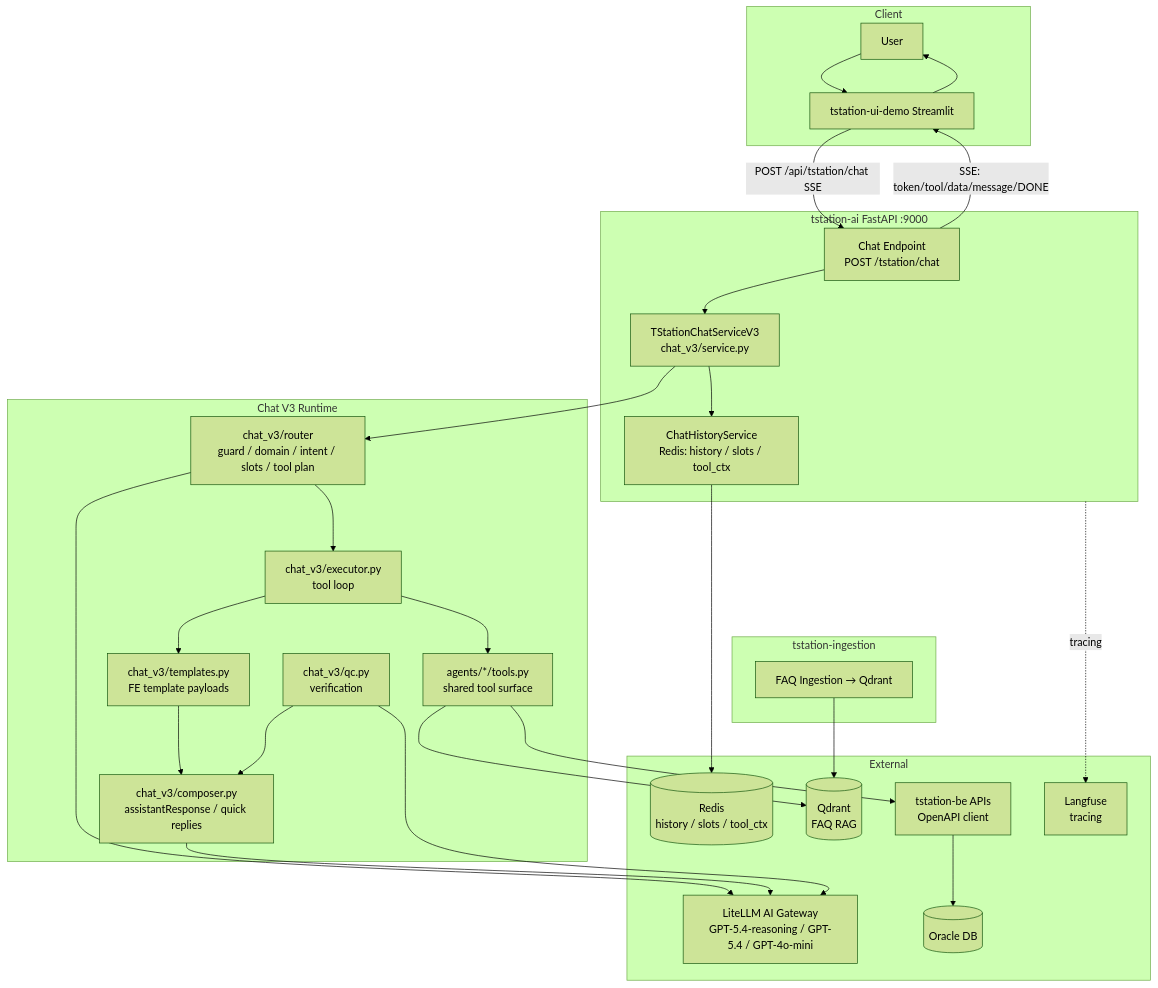
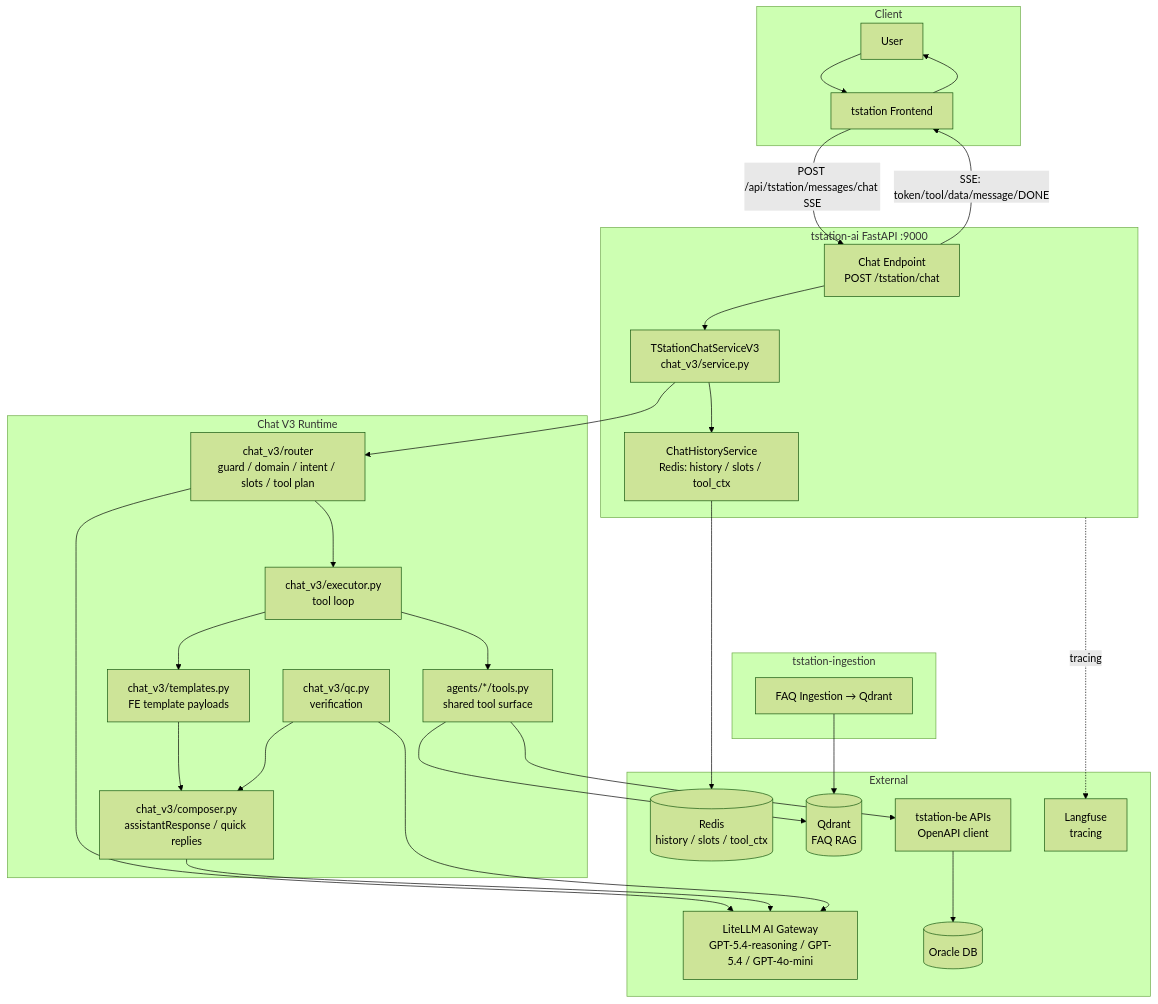
Before and after one commit to MinKhaungMinLwin/AI-Orchestration-Agent: the first of 2 diagrams in docs/full-architecture-mermaid.md, drawn with Mermaid (forest theme). The commit also changed 18 other files, not shown here.

````diff
--- a/docs/full-architecture-mermaid.md
+++ b/docs/full-architecture-mermaid.md
@@ -13,59 +13,59 @@
 ```mermaid
 flowchart TB
     subgraph Client
       U[User]
-      UI[tstation-ui-demo Streamlit]
+      UI[tstation Frontend]
       U --> UI
       UI --> U
     end
 
     subgraph AI["tstation-ai FastAPI :9000"]
       EP[Chat Endpoint<br/>POST /tstation/chat]
       CS[TStationChatServiceV3<br/>chat_v3/service.py]
       HS[ChatHistoryService<br/>Redis: history / slots / tool_ctx]
       EP --> CS
       CS --> HS
     end
 
     subgraph V3["Chat V3 Runtime"]
       ROUTER[chat_v3/router<br/>guard / domain / intent / slots / tool plan]
       EXEC[chat_v3/executor.py<br/>tool loop]
       COMP[chat_v3/composer.py<br/>assistantResponse / quick replies]
       TPL[chat_v3/templates.py<br/>FE template payloads]
       QC[chat_v3/qc.py<br/>verification]
       TOOLS[agents/*/tools.py<br/>shared tool surface]
       ROUTER --> EXEC
       EXEC --> TOOLS
       EXEC --> TPL
       TPL --> COMP
       QC --> COMP
     end
 
     subgraph External
       GW[LiteLLM AI Gateway<br/>GPT-5.4-reasoning / GPT-5.4 / GPT-4o-mini]
       REDIS[(Redis<br/>history / slots / tool_ctx)]
       QDRANT[(Qdrant<br/>FAQ RAG)]
       BE[tstation-be APIs<br/>OpenAPI client]
       ORACLE[(Oracle DB)]
       LANG[Langfuse<br/>tracing]
     end
 
     subgraph Ingestion["tstation-ingestion"]
       ING[FAQ Ingestion → Qdrant]
     end
 
-    UI -->|POST /api/tstation/chat SSE| EP
+    UI -->|POST /api/tstation/messages/chat SSE| EP
     EP -->|SSE: token/tool/data/message/DONE| UI
 
     CS --> ROUTER
     ROUTER --> GW
     COMP --> GW
     QC --> GW
 
     HS --> REDIS
     TOOLS --> QDRANT
     TOOLS --> BE
     BE --> ORACLE
     AI -.->|tracing| LANG
     ING --> QDRANT
 ```
````
